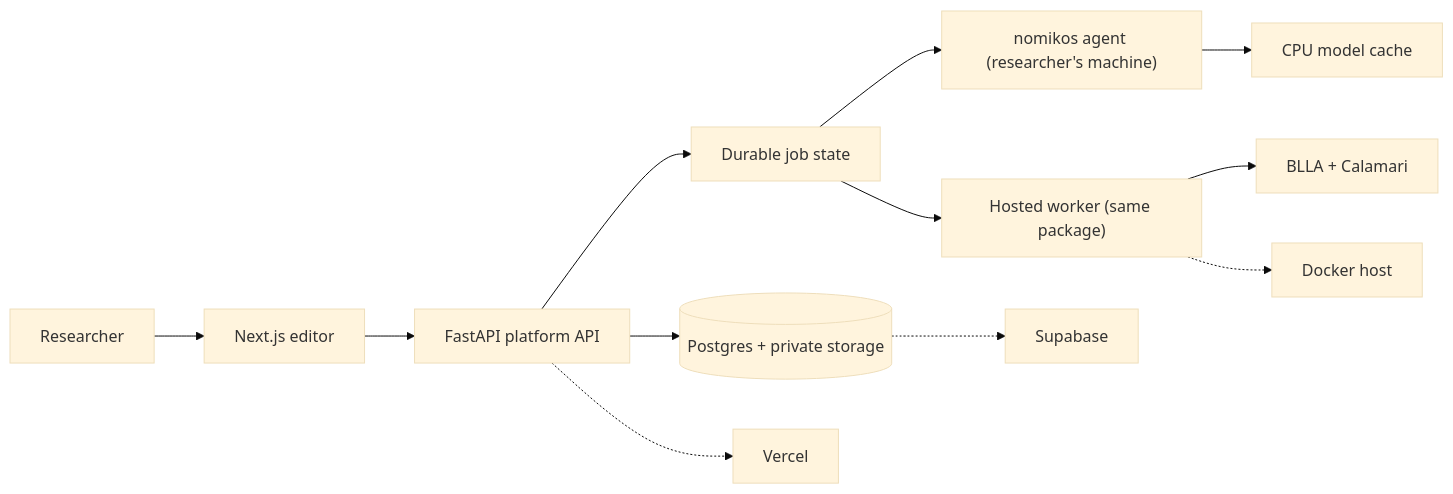
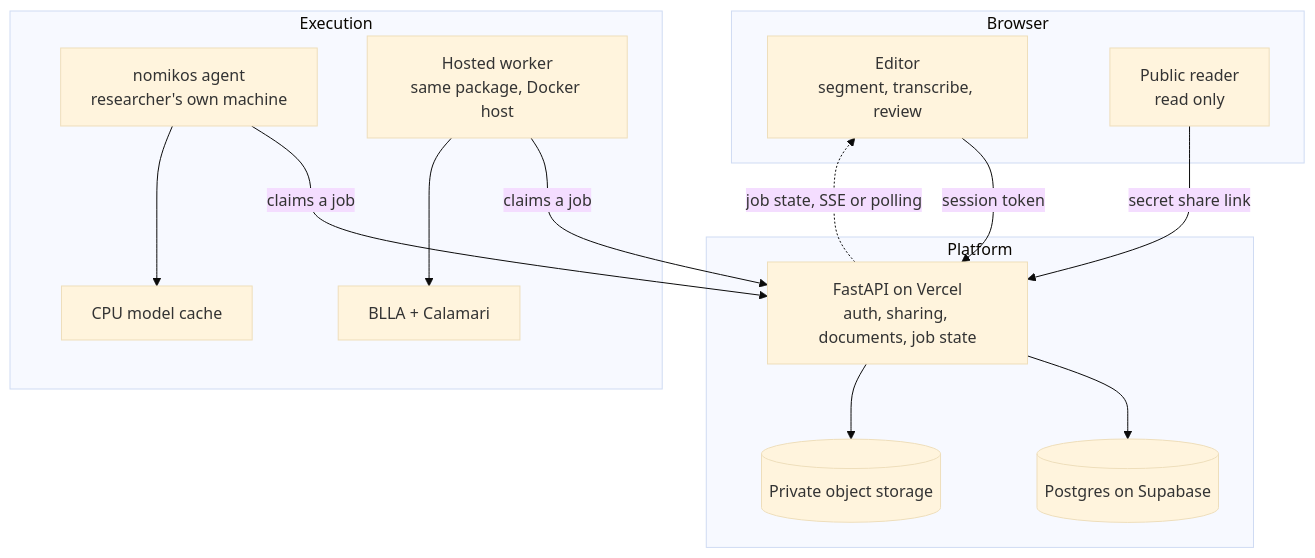
Before and after one commit to kkkamur07/greekOCR: the diagram in README.md, drawn with Mermaid (base theme). The commit also changed other lines of this file, not shown here.

Commit message:
docs(readme): make the architecture picture an actual architecture (#101)
The diagram was a single left-to-right chain, which showed the order things
happen in but not the shape of the system: no boundary between what runs in
a browser and what runs on the platform, no public reader at all, and the
deployment targets hanging off the side as arrows, as if a database pointed
at Supabase.

Grouped into the three boxes that actually matter (browser, platform,
execution), with hosting written on the component it hosts. The public
reader is now on the picture, since it is a second front door with different
rules and the diagram was silent about it. The job arrows also pointed the
wrong way: agents claim work from the platform, they are not handed it, as
docs/architecture.md has always said.

````diff
--- a/README.md
+++ b/README.md
@@ -136,14 +136,30 @@
 ```mermaid
-flowchart LR
-    Researcher["Researcher"] --> Editor["Next.js editor"]
-    Editor --> API["FastAPI platform API"]
-    API --> Data[("Postgres + private storage")]
-    API --> Jobs["Durable job state"]
-    Jobs --> Agent["nomikos agent (researcher's machine)"]
-    Agent --> LocalModels["CPU model cache"]
-    Jobs --> Worker["Hosted worker (same package)"]
-    Worker --> Models["BLLA + Calamari"]
-    API -.-> Vercel["Vercel"]
-    Data -.-> Supabase["Supabase"]
-    Worker -.-> Docker["Docker host"]
+flowchart TB
+    subgraph browser["Browser"]
+        Editor["Editor<br/>segment, transcribe, review"]
+        Reader["Public reader<br/>read only"]
+    end
+
+    subgraph platform["Platform"]
+        API["FastAPI on Vercel<br/>auth, sharing, documents, job state"]
+        DB[("Postgres on Supabase")]
+        Blobs[("Private object storage")]
+    end
+
+    subgraph execution["Execution"]
+        Agent["nomikos agent<br/>researcher's own machine"]
+        Worker["Hosted worker<br/>same package, Docker host"]
+        LocalModels["CPU model cache"]
+        Models["BLLA + Calamari"]
+    end
+
+    Editor -->|"session token"| API
+    Reader -->|"secret share link"| API
+    API --> DB
+    API --> Blobs
+    Agent -->|"claims a job"| API
+    Worker -->|"claims a job"| API
+    Agent --> LocalModels
+    Worker --> Models
+    API -.->|"job state, SSE or polling"| Editor
 ```
````
